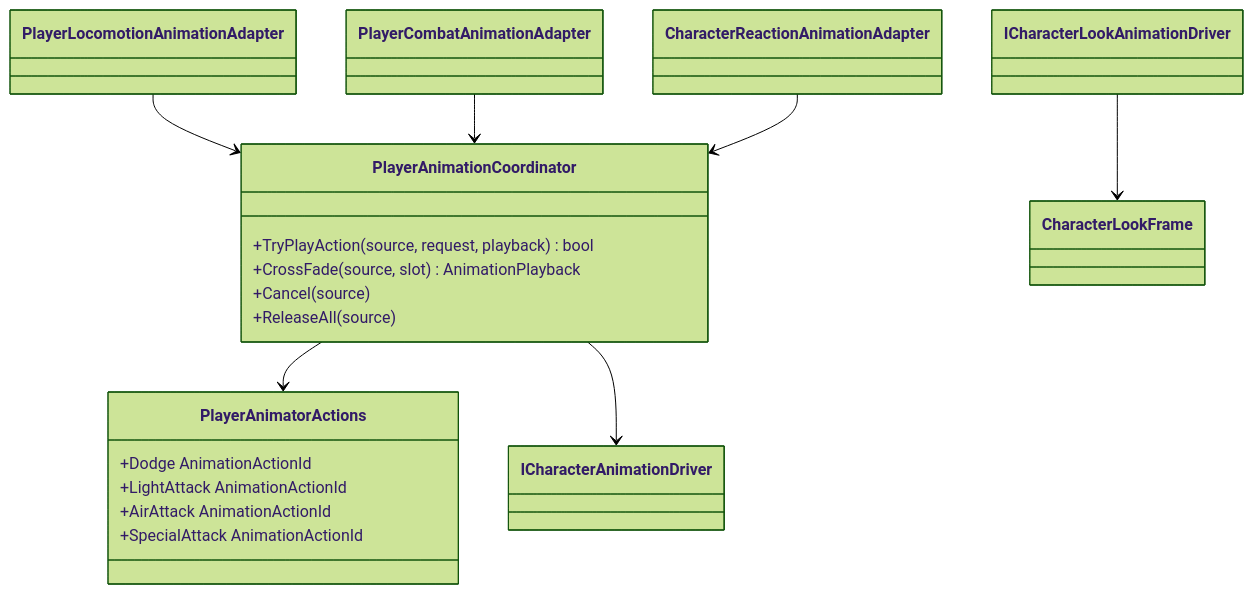
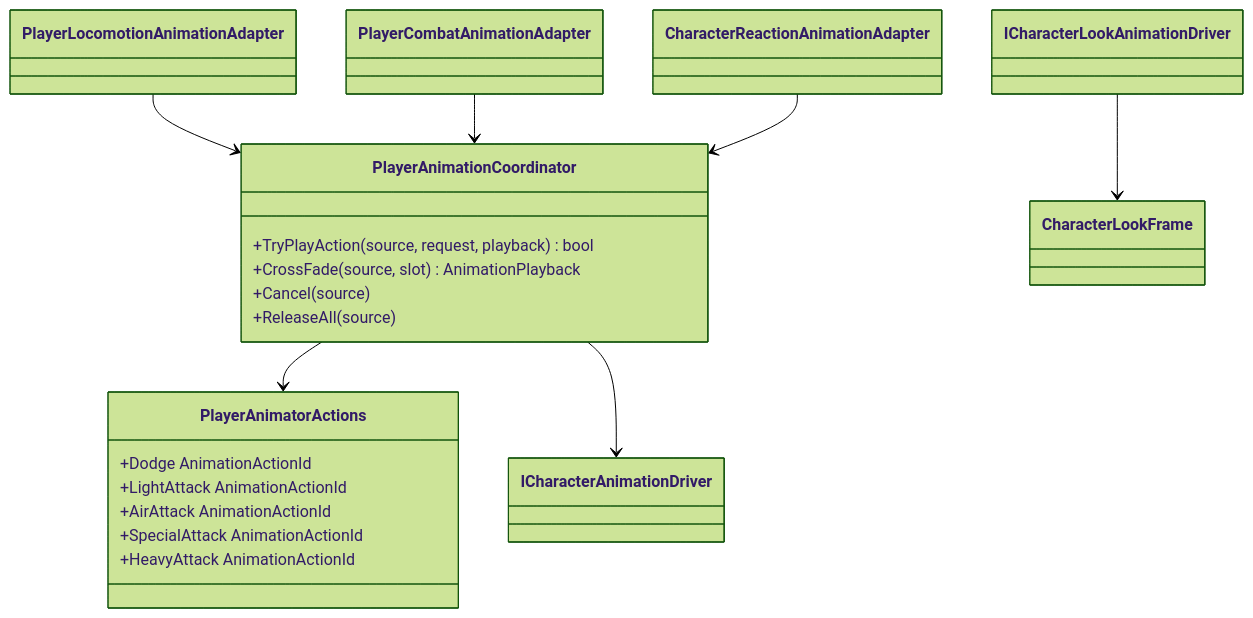
Before and after one commit to MaximFonariuc/project-s: the diagram in Assets/_App/Core/Runtime/Character/AnimationController/README.md, drawn with Mermaid (forest theme). The commit also changed other lines of this file and 22 other files, not shown here.

Commit message:
feat(combat): separate heavy attack branch

````diff
--- a/Assets/_App/Core/Runtime/Character/AnimationController/README.md
+++ b/Assets/_App/Core/Runtime/Character/AnimationController/README.md
@@ -8,28 +8,29 @@
 ```mermaid
 classDiagram
     class PlayerAnimatorActions {
         +Dodge AnimationActionId
         +LightAttack AnimationActionId
         +AirAttack AnimationActionId
         +SpecialAttack AnimationActionId
+        +HeavyAttack AnimationActionId
     }
     class PlayerAnimationCoordinator {
         +TryPlayAction(source, request, playback) bool
         +CrossFade(source, slot) AnimationPlayback
         +Cancel(source)
         +ReleaseAll(source)
     }
     class ICharacterAnimationDriver
     class ICharacterLookAnimationDriver
     class CharacterLookFrame
     class PlayerLocomotionAnimationAdapter
     class PlayerCombatAnimationAdapter
     class CharacterReactionAnimationAdapter
 
     PlayerLocomotionAnimationAdapter --> PlayerAnimationCoordinator
     PlayerCombatAnimationAdapter --> PlayerAnimationCoordinator
     CharacterReactionAnimationAdapter --> PlayerAnimationCoordinator
     PlayerAnimationCoordinator --> PlayerAnimatorActions
     PlayerAnimationCoordinator --> ICharacterAnimationDriver
     ICharacterLookAnimationDriver --> CharacterLookFrame
 ```
````
